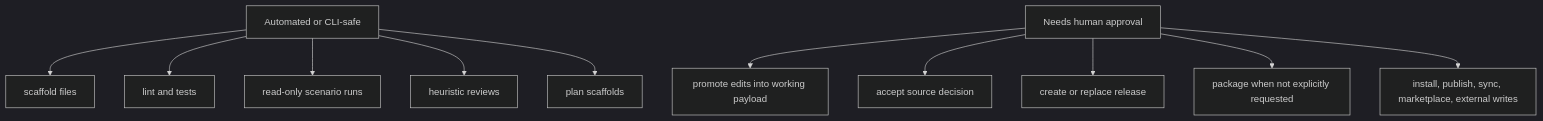
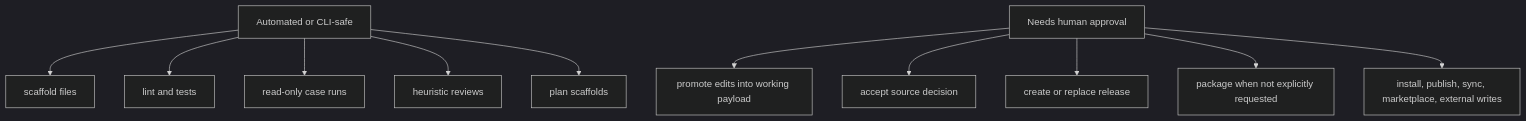
Before and after one commit to rishirsv/dots: the sixth of 6 diagrams in plugins/meta-skill/architecture.md, drawn with Mermaid (dark theme). The commit also changed other lines of this file and 31 other files, not shown here.

````diff
--- a/plugins/meta-skill/architecture.md
+++ b/plugins/meta-skill/architecture.md
@@ -253,14 +245,14 @@
 ```mermaid
 flowchart TB
   auto["Automated or CLI-safe"] --> scaffold["scaffold files"]
   auto --> lint["lint and tests"]
-  auto --> evals["read-only scenario runs"]
+  auto --> evals["read-only case runs"]
   auto --> reviews["heuristic reviews"]
   auto --> plans["plan scaffolds"]
 
   gate["Needs human approval"] --> promote["promote edits into working payload"]
   gate --> decide["accept source decision"]
   gate --> release["create or replace release"]
   gate --> package["package when not explicitly requested"]
   gate --> publish["install, publish, sync, marketplace, external writes"]
 ```
````
